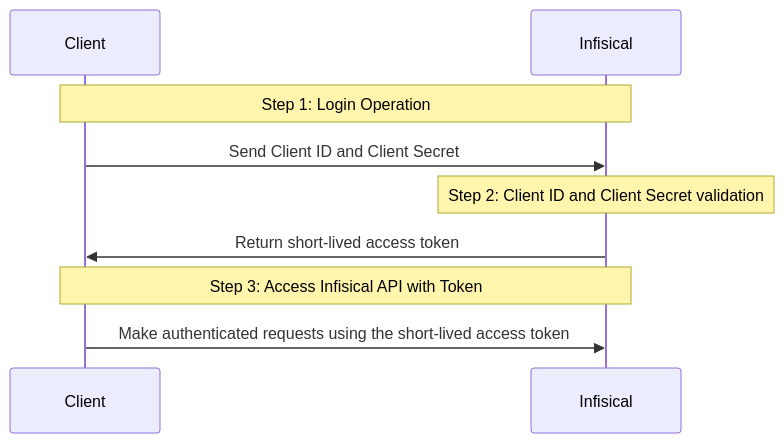
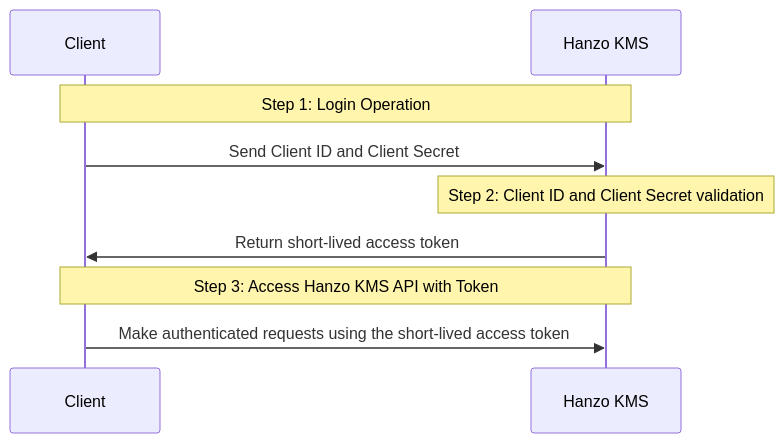
The diagram in docs/documentation/platform/identities/universal-auth.mdx (hanzoai/kms), drawn with Mermaid before and after one commit. The commit also changed other lines of this file and 927 other files, not shown here.

First line of the commit message:
feat: complete Hanzo KMS rebranding across upstream merge

````diff
--- a/docs/documentation/platform/identities/universal-auth.mdx
+++ b/docs/documentation/platform/identities/universal-auth.mdx
@@ -13,14 +13,14 @@
 ```mermaid
 sequenceDiagram
   participant Client as Client
-  participant Infis as Infisical
+  participant Infis as Hanzo KMS
 
   Note over Client,Infis: Step 1: Login Operation
   Client->>Infis: Send Client ID and Client Secret
 
   Note over Infis: Step 2: Client ID and Client Secret validation
   Infis->>Client: Return short-lived access token
 
-  Note over Client,Infis: Step 3: Access Infisical API with Token
+  Note over Client,Infis: Step 3: Access Hanzo KMS API with Token
   Client->>Infis: Make authenticated requests using the short-lived access token
 ```
````
